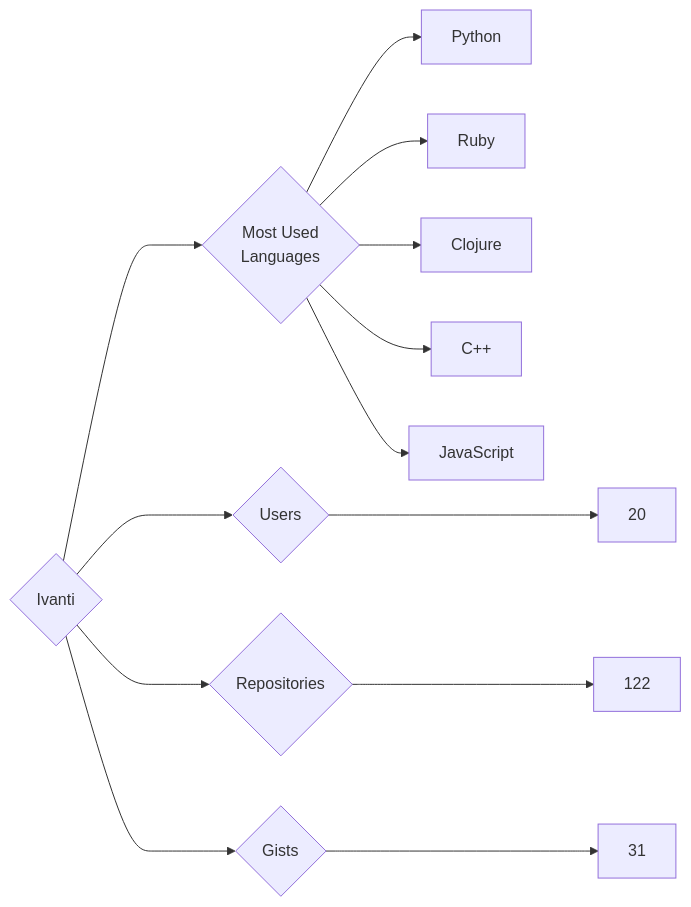
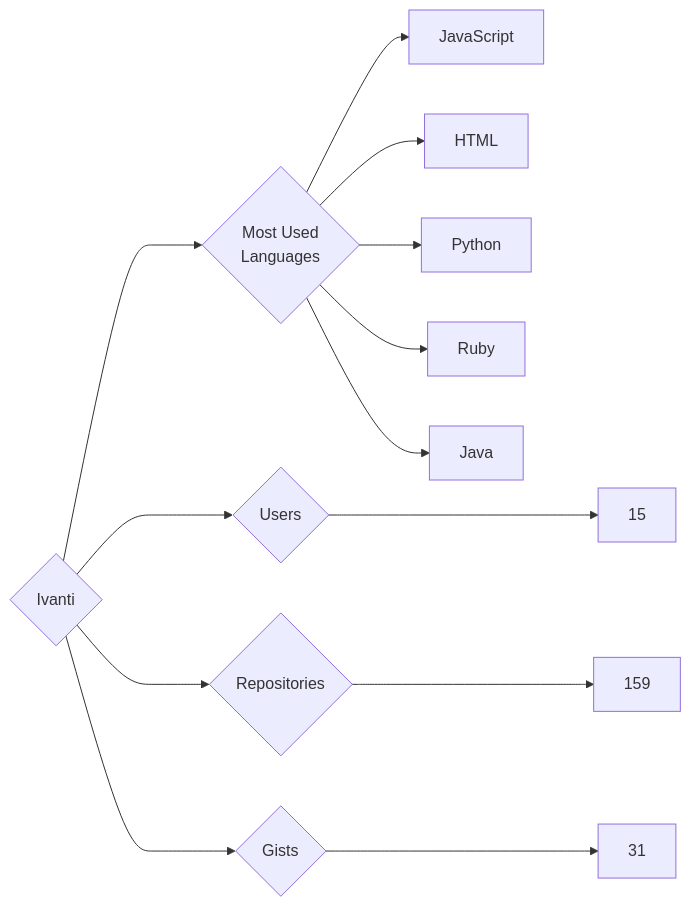
One commit to trickest/insiders changed the diagram in targets/Ivanti/README.md. Above: the diagram before and after it, drawn with Mermaid. The commit also changed 715 other files, not shown here.

````diff
--- a/targets/Ivanti/README.md
+++ b/targets/Ivanti/README.md
@@ -3,13 +3,13 @@
 ```mermaid
 graph LR
 COMPANY_NAME{Ivanti}
-COMPANY_NAME ---> U{Users} ---> UN[20]
-COMPANY_NAME ---> R{Repositories} ---> RN[122]
+COMPANY_NAME ---> U{Users} ---> UN[15]
+COMPANY_NAME ---> R{Repositories} ---> RN[159]
 COMPANY_NAME ---> G{Gists} ---> GN[31]
 COMPANY_NAME ---> ML{Most Used<br>Languages}
+ML --> JavaScript[JavaScript]
+ML --> HTML[HTML]
 ML --> Python[Python]
 ML --> Ruby[Ruby]
-ML --> Clojure[Clojure]
-ML --> C++[C++]
-ML --> JavaScript[JavaScript]
+ML --> Java[Java]
 ```
````
